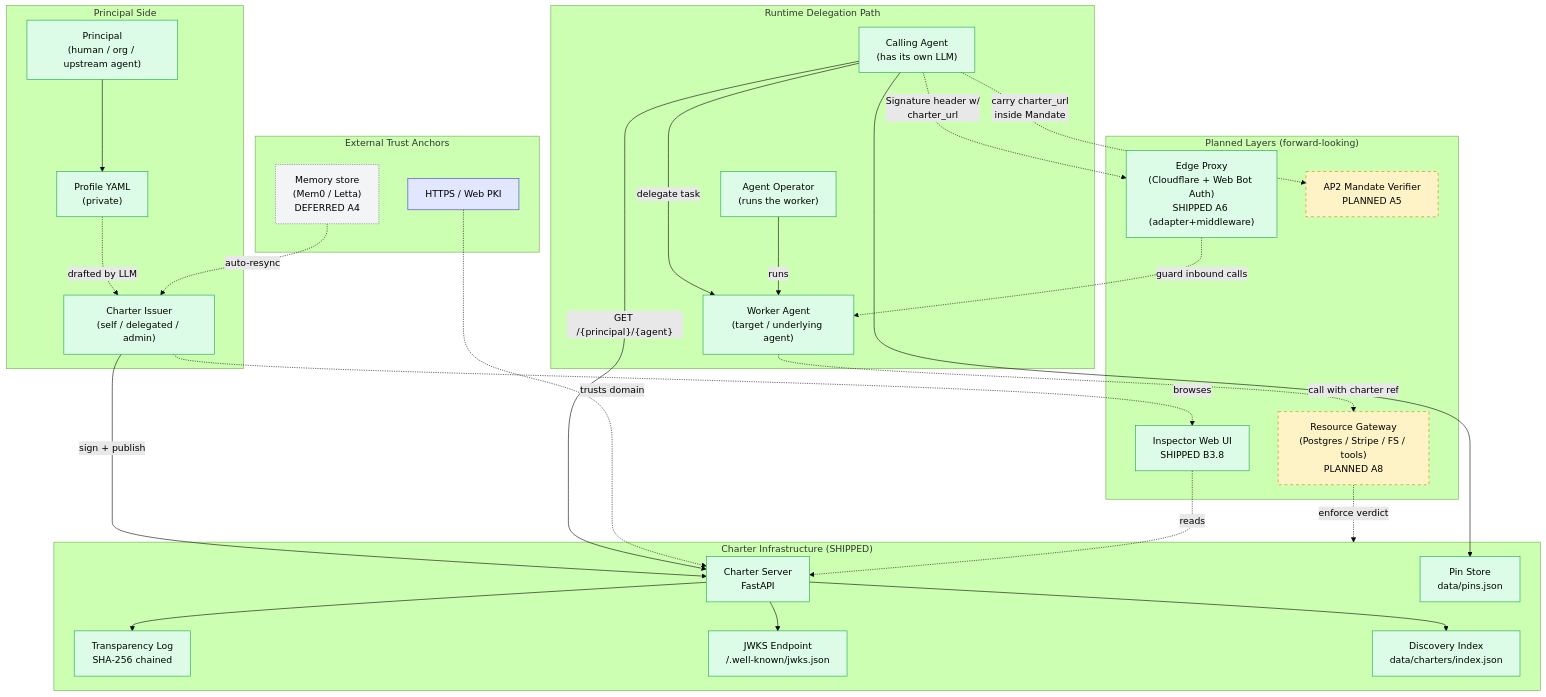
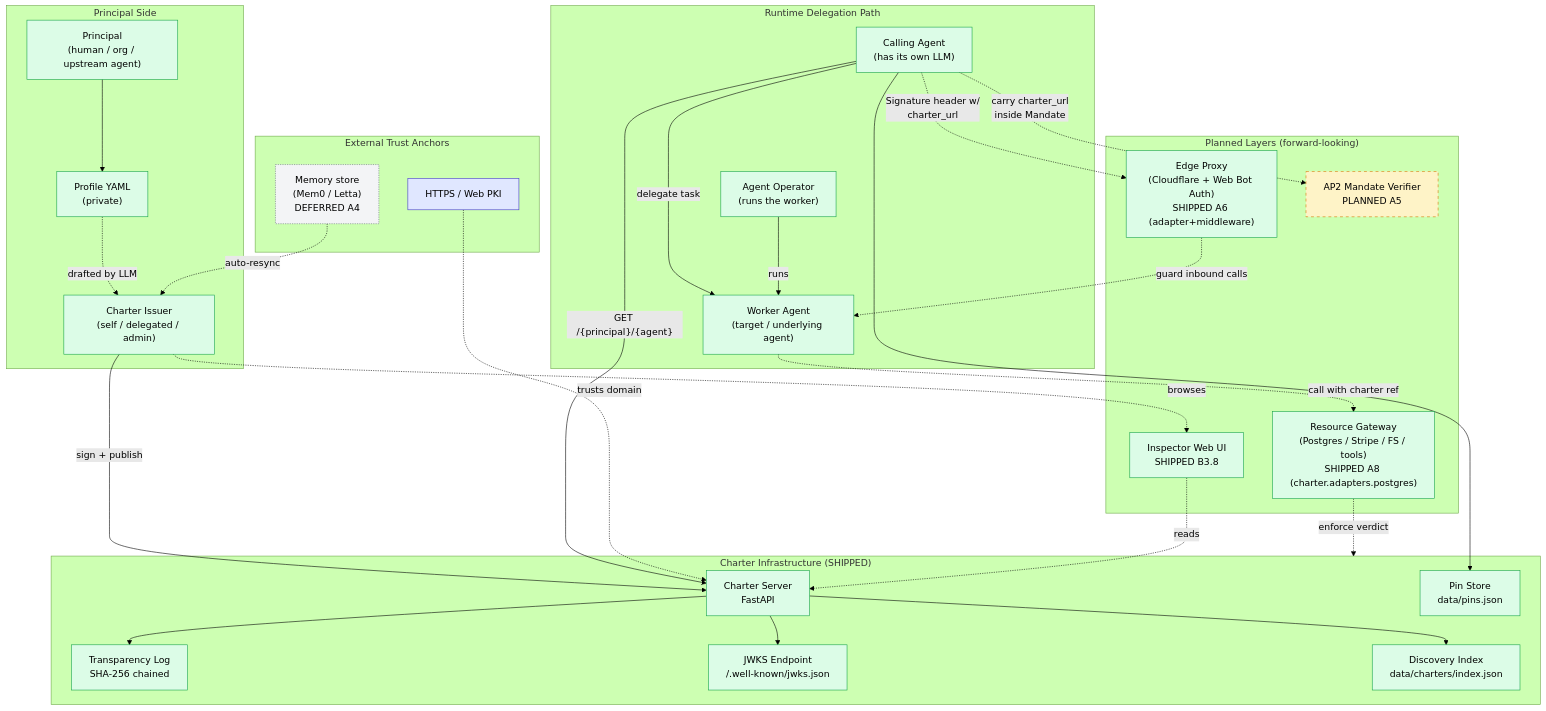
The first of 6 diagrams in docs/architecture.md (hnaymyh123-henry/charter), drawn with Mermaid (forest theme) before and after one commit. The commit also changed other lines of this file and 11 other files, not shown here.

First line of the commit message:
feat(adapters): Postgres reference adapter — capability-boundary sample (#48)

````diff
--- a/docs/architecture.md
+++ b/docs/architecture.md
@@ -49,67 +49,67 @@
 ```mermaid
 flowchart TB
     subgraph PRINCIPAL_SIDE["Principal Side"]
         P["Principal<br/>(human / org / upstream agent)"]
         ISS["Charter Issuer<br/>(self / delegated / admin)"]
         PROF["Profile YAML<br/>(private)"]
     end
 
     subgraph CHARTER_INFRA["Charter Infrastructure (SHIPPED)"]
         SRV["Charter Server<br/>FastAPI"]
         TLOG["Transparency Log<br/>SHA-256 chained"]
         JWKS["JWKS Endpoint<br/>/.well-known/jwks.json"]
         PINS["Pin Store<br/>data/pins.json"]
         DISC["Discovery Index<br/>data/charters/index.json"]
     end
 
     subgraph DELEGATION["Runtime Delegation Path"]
         CA["Calling Agent<br/>(has its own LLM)"]
         WA["Worker Agent<br/>(target / underlying agent)"]
         AO["Agent Operator<br/>(runs the worker)"]
     end
 
     subgraph PLANNED_LAYERS["Planned Layers (forward-looking)"]
         EDGE["Edge Proxy<br/>(Cloudflare + Web Bot Auth)<br/>SHIPPED A6 (adapter+middleware)"]
-        RG["Resource Gateway<br/>(Postgres / Stripe / FS / tools)<br/>PLANNED A8"]
+        RG["Resource Gateway<br/>(Postgres / Stripe / FS / tools)<br/>SHIPPED A8 (charter.adapters.postgres)"]
         INSP["Inspector Web UI<br/>SHIPPED B3.8"]
         AP2["AP2 Mandate Verifier<br/>PLANNED A5"]
     end
 
     subgraph EXTERNAL["External Trust Anchors"]
         HTTPS["HTTPS / Web PKI"]
         MEMORY["Memory store<br/>(Mem0 / Letta)<br/>DEFERRED A4"]
     end
 
     P --> PROF
     PROF -. drafted by LLM .-> ISS
     ISS -- sign + publish --> SRV
     SRV --> TLOG
     SRV --> JWKS
     SRV --> DISC
 
     CA -- "GET /{principal}/{agent}" --> SRV
     CA --> PINS
     CA -- delegate task --> WA
     AO -- runs --> WA
 
     HTTPS -. trusts domain .-> SRV
 
     CA -. "Signature header w/<br/>charter_url" .-> EDGE
     EDGE -. "guard inbound calls" .-> WA
     WA -. "call with charter ref" .-> RG
     RG -. "enforce verdict" .-> CHARTER_INFRA
     ISS -. browses .-> INSP
     INSP -. reads .-> SRV
     CA -. "carry charter_url<br/>inside Mandate" .-> AP2
     MEMORY -. auto-resync .-> ISS
 
     classDef shipped fill:#dcfce7,stroke:#16a34a,color:#000
     classDef planned fill:#fef3c7,stroke:#d97706,color:#000,stroke-dasharray: 5 5
     classDef deferred fill:#f3f4f6,stroke:#6b7280,color:#000,stroke-dasharray: 2 2
     classDef external fill:#e0e7ff,stroke:#4338ca,color:#000
 
-    class P,ISS,PROF,SRV,TLOG,JWKS,PINS,DISC,CA,WA,AO,EDGE,INSP shipped
-    class RG,AP2 planned
+    class P,ISS,PROF,SRV,TLOG,JWKS,PINS,DISC,CA,WA,AO,EDGE,INSP,RG shipped
+    class AP2 planned
     class MEMORY deferred
     class HTTPS external
 ```
````
